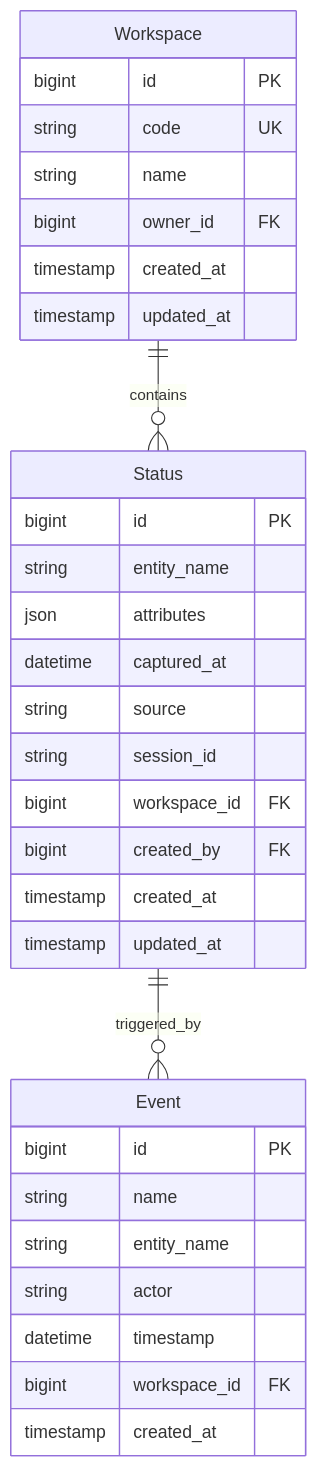
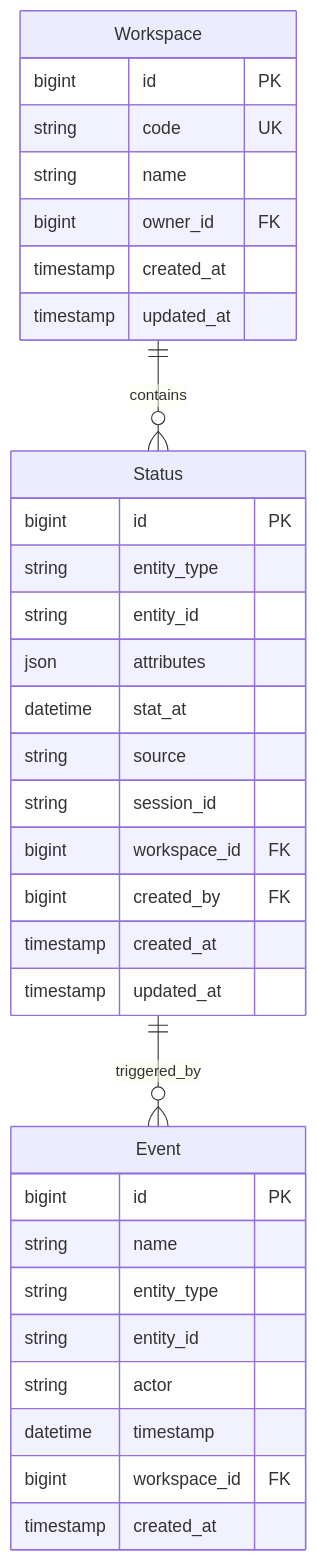
Before and after one commit to zhaoxin34/matrix: the diagram in neo/design/docs/technical/workspaces/status.md, drawn with Mermaid. The commit also changed other lines of this file and 15 other files, not shown here.

First line of the commit message:
refactor(status): 拆分 entity_name 为 entity_type + entity_id，重命名 captured_at 为 stat_at，移除 embedded_site_id

````diff
--- a/neo/design/docs/technical/workspaces/status.md
+++ b/neo/design/docs/technical/workspaces/status.md
@@ -31,37 +31,39 @@
 ```mermaid
 erDiagram
     Workspace ||--o{ Status : contains
     Status ||--o{ Event : triggered_by
 
     Workspace {
         bigint id PK
         string code UK
         string name
         bigint owner_id FK
         timestamp created_at
         timestamp updated_at
     }
 
     Status {
         bigint id PK
-        string entity_name
+        string entity_type
+        string entity_id
         json attributes
-        datetime captured_at
+        datetime stat_at
         string source
         string session_id
         bigint workspace_id FK
         bigint created_by FK
         timestamp created_at
         timestamp updated_at
     }
 
     Event {
         bigint id PK
         string name
-        string entity_name
+        string entity_type
+        string entity_id
         string actor
         datetime timestamp
         bigint workspace_id FK
         timestamp created_at
     }
 ```
````
